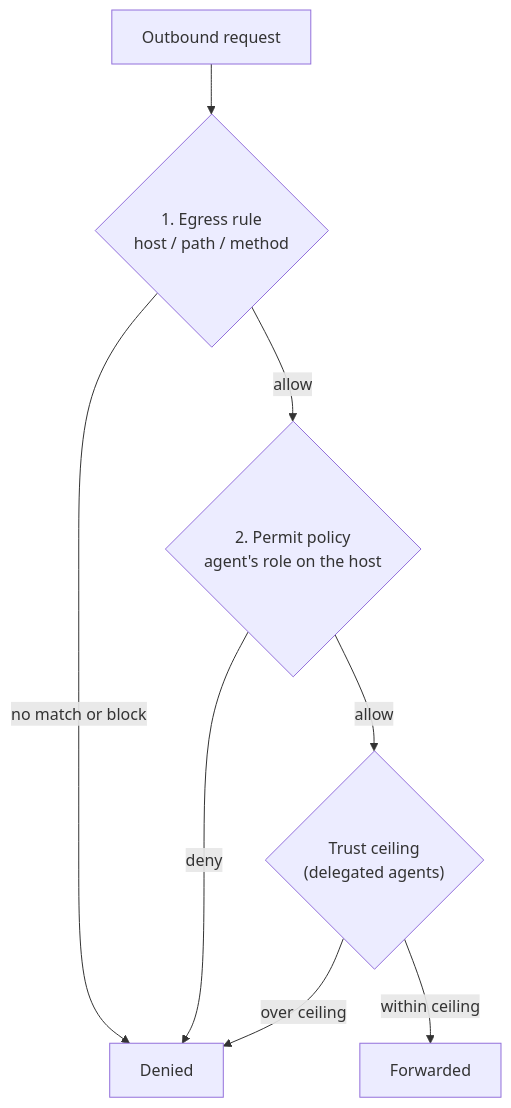
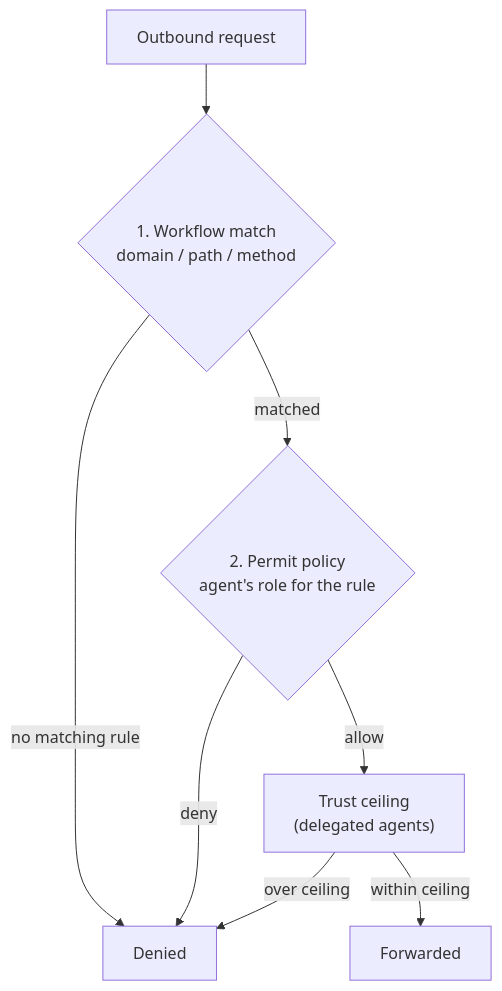
One commit to permitio/docs changed the diagram in docs/permit-mcp-gateway/http-egress-proxy/authorization.mdx. Above: the diagram before and after it, drawn with Mermaid. The commit also changed other lines of this file and 7 other files, not shown here.

````diff
--- a/docs/permit-mcp-gateway/http-egress-proxy/authorization.mdx
+++ b/docs/permit-mcp-gateway/http-egress-proxy/authorization.mdx
@@ -14,17 +14,17 @@
 ```mermaid
 flowchart TB
     Req["Outbound request"]
-    Rule{"1. Egress rule<br/>host / path / method"}
-    Permit{"2. Permit policy<br/>agent's role on the host"}
-    Ceiling{"Trust ceiling<br/>(delegated agents)"}
+    Rule{"1. Workflow match<br/>domain / path / method"}
+    Permit{"2. Permit policy<br/>agent's role for the rule"}
+    Ceiling["Trust ceiling<br/>(delegated agents)"]
     Allow["Forwarded"]
     Deny["Denied"]
 
     Req --> Rule
-    Rule -->|"no match or block"| Deny
-    Rule -->|"allow"| Permit
+    Rule -->|"no matching rule"| Deny
+    Rule -->|"matched"| Permit
     Permit -->|"deny"| Deny
     Permit -->|"allow"| Ceiling
     Ceiling -->|"over ceiling"| Deny
     Ceiling -->|"within ceiling"| Allow
 ```
````
